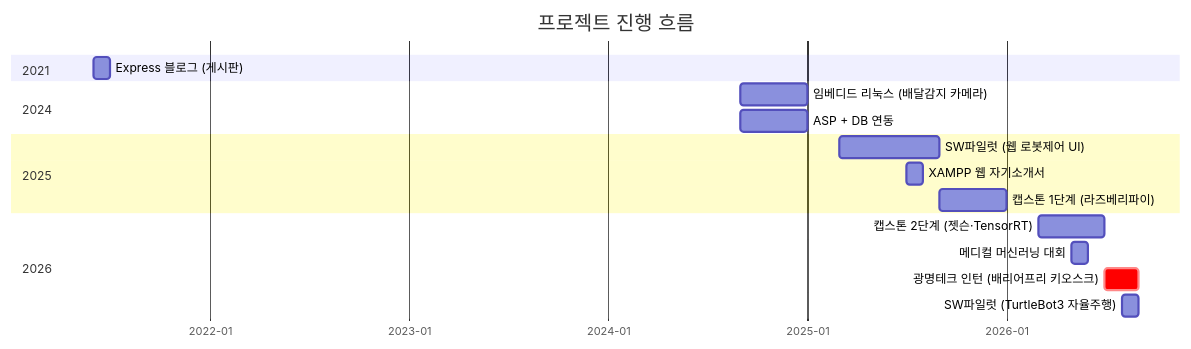
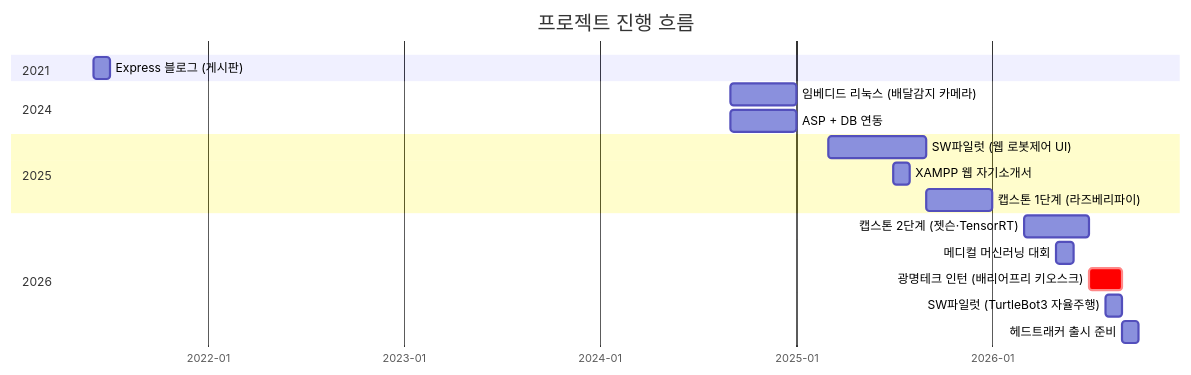
Before and after one commit to kakabab12/My_portfolio: the first of 3 diagrams in README.md, drawn with Mermaid. The commit also changed other lines of this file and 42 other files, not shown here.

````diff
--- a/README.md
+++ b/README.md
@@ -178,24 +189,25 @@
 ```mermaid
 gantt
     title 프로젝트 진행 흐름
     dateFormat YYYY-MM
     axisFormat %Y-%m
 
     section 2021
     Express 블로그 (게시판)            :2021-06, 1M
 
     section 2024
     임베디드 리눅스 (배달감지 카메라)   :2024-09, 4M
     ASP + DB 연동                      :2024-09, 4M
 
     section 2025
     SW파일럿 (웹 로봇제어 UI)          :2025-03, 6M
     XAMPP 웹 자기소개서                 :2025-07, 1M
     캡스톤 1단계 (라즈베리파이)          :2025-09, 4M
 
     section 2026
     캡스톤 2단계 (젯슨·TensorRT)        :2026-03, 4M
     메디컬 머신러닝 대회                :2026-05, 1M
     광명테크 인턴 (배리어프리 키오스크) :crit, 2026-07, 2M
     SW파일럿 (TurtleBot3 자율주행)     :2026-08, 1M
+    헤드트래커 출시 준비                :2026-09, 1M
 ```
````
